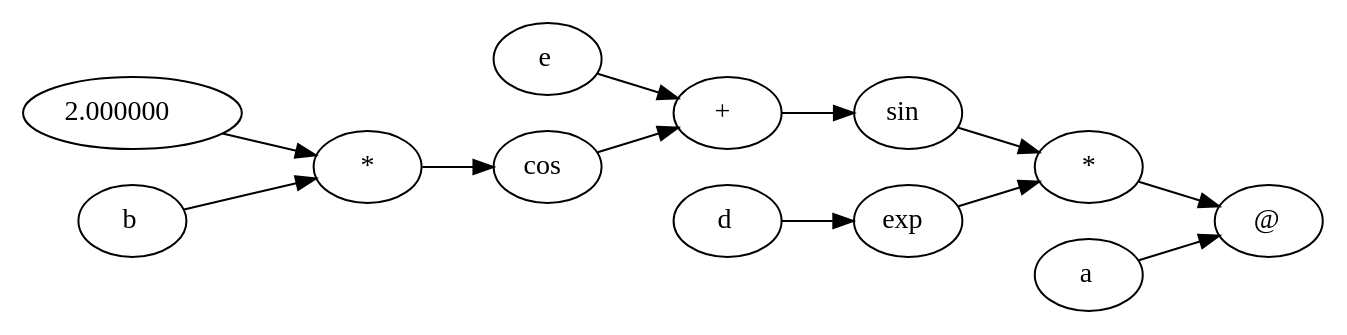
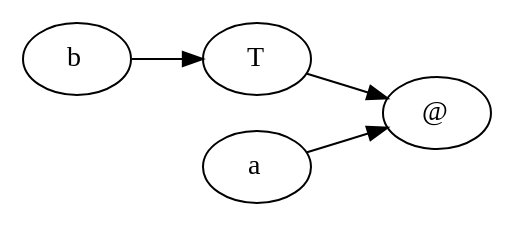
Before and after one commit to kartiksrinivas007/NABLA-Automatic-differentiation: the diagram in Transpiler/computational_graph.dot, drawn with Graphviz. The commit also changed 2 other files, not shown here.

```diff
--- a/Transpiler/computational_graph.dot
+++ b/Transpiler/computational_graph.dot
@@ -1,26 +1,10 @@
 digraph {
 rankdir="LR";
-n14[label=<@>]
-n13 -> n14
-n0 -> n14
-n13[label=<*>]
-n12 -> n13
-n7 -> n13
-n12[label=<sin>]
-n11 -> n12
-n11[label=<+>]
-n4 -> n11
-n10 -> n11
-n4[label=<e>]
-n10[label=<cos>]
-n9 -> n10
-n9[label=<*>]
-n8 -> n9
-n1 -> n9
-n8[label=<2.000000>]
+n4[label=<@>]
+n3 -> n4
+n0 -> n4
+n3[label=<T>]
+n1 -> n3
 n1[label=<b>]
-n7[label=<exp>]
-n3 -> n7
-n3[label=<d>]
 n0[label=<a>]
 }
```
